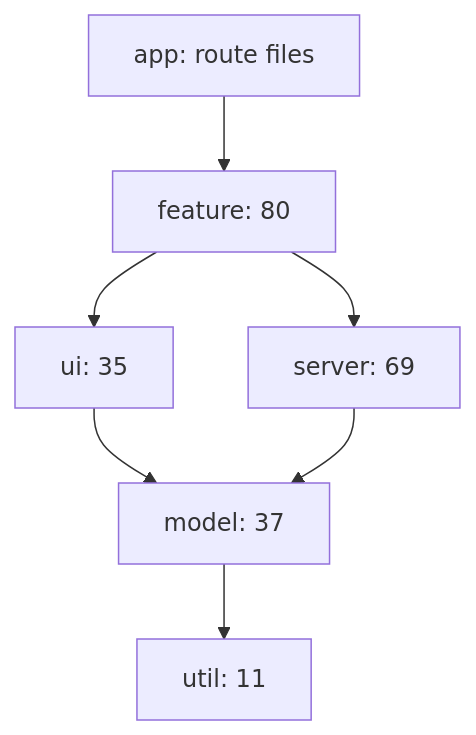
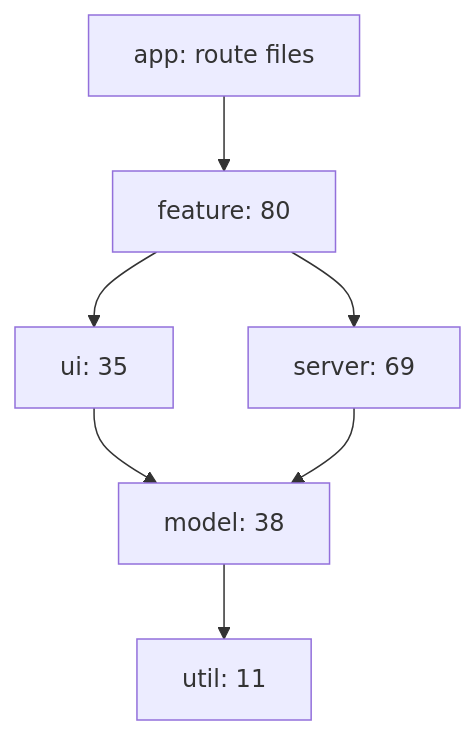
Before and after one commit to GGonryun/giveaway.dog: the first of 3 diagrams in docs/monorepo/package-graph.md, drawn with Mermaid. The commit also changed other lines of this file and 12 other files, not shown here.

````diff
--- a/docs/monorepo/package-graph.md
+++ b/docs/monorepo/package-graph.md
@@ -66,9 +66,9 @@
 ```mermaid
 flowchart TB
   app["app: route files"] --> feature["feature: 80"]
   feature --> ui["ui: 35"]
   feature --> server["server: 69"]
-  ui --> model["model: 37"]
+  ui --> model["model: 38"]
   server --> model
   model --> util["util: 11"]
 ```
````
